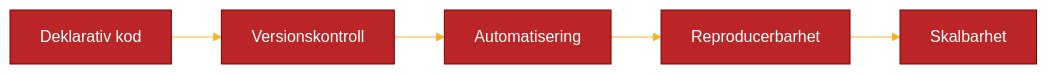
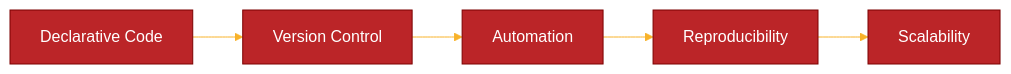
One commit to Geonitab/architecture_as_code changed the diagram in docs/images/diagram_02_chapter1.mmd. Above: the diagram before and after it, drawn with Mermaid. The commit also changed 7 other files, not shown here.

Commit message:
Translate 8 Mermaid diagram files from Swedish to English

```diff
--- a/docs/images/diagram_02_chapter1.mmd
+++ b/docs/images/diagram_02_chapter1.mmd
@@ -1,16 +1,16 @@
 ---
 config:
   theme: 'base'
   themeVariables:
     primaryColor: '#BB2528'
     primaryTextColor: '#fff'
     primaryBorderColor: '#7C0000'
     lineColor: '#F8B229'
     secondaryColor: '#006100'
     tertiaryColor: '#fff'
 ---
 graph LR
-    A[Deklarativ kod] --> B[Versionskontroll]
-    B --> C[Automatisering]
-    C --> D[Reproducerbarhet]
-    D --> E[Skalbarhet]
+    A[Declarative Code] --> B[Version Control]
+    B --> C[Automation]
+    C --> D[Reproducibility]
+    D --> E[Scalability]
```
